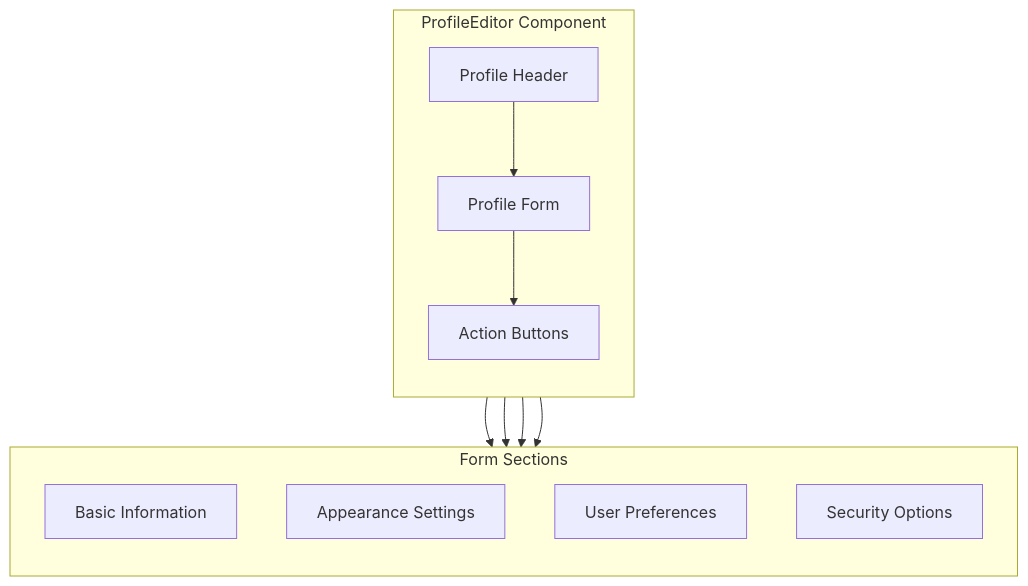
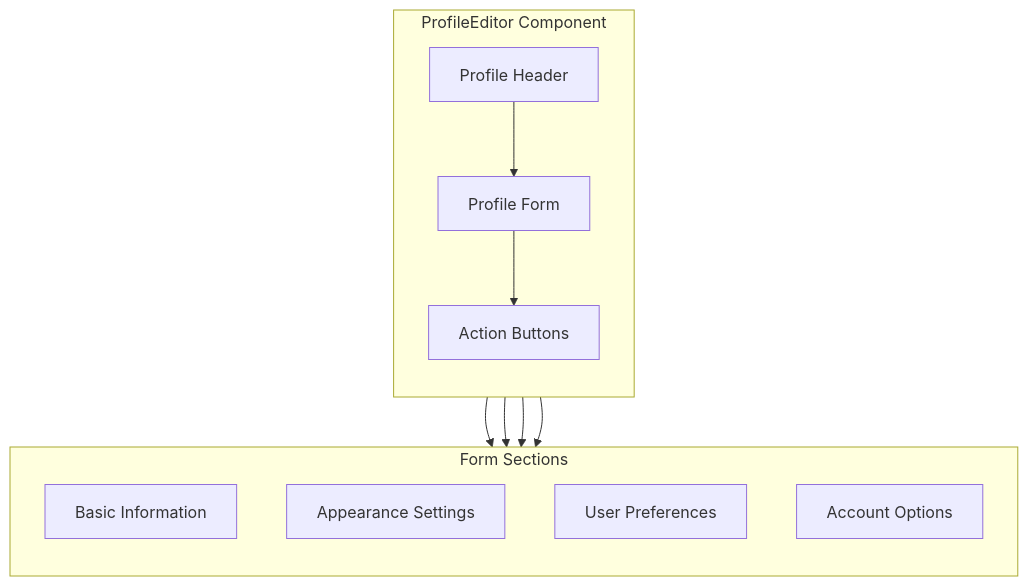
The diagram in components/ProfileEditor.md (m3au/meows), drawn with Mermaid before and after one commit. The commit also changed other lines of this file and 50 other files, not shown here.

````diff
--- a/components/ProfileEditor.md
+++ b/components/ProfileEditor.md
@@ -17,24 +14,24 @@
 ```mermaid
 graph TD
     subgraph "ProfileEditor Component"
         direction TB
         Header[Profile Header]
         Form[Profile Form]
         Actions[Action Buttons]
     end
 
     subgraph "Form Sections"
         direction TB
         BasicInfo[Basic Information]
         Appearance[Appearance Settings]
         Preferences[User Preferences]
-        Security[Security Options]
+        Account[Account Options]
     end
 
     Header --> Form
     Form --> BasicInfo
     Form --> Appearance
     Form --> Preferences
-    Form --> Security
+    Form --> Account
     Form --> Actions
 ```
````
